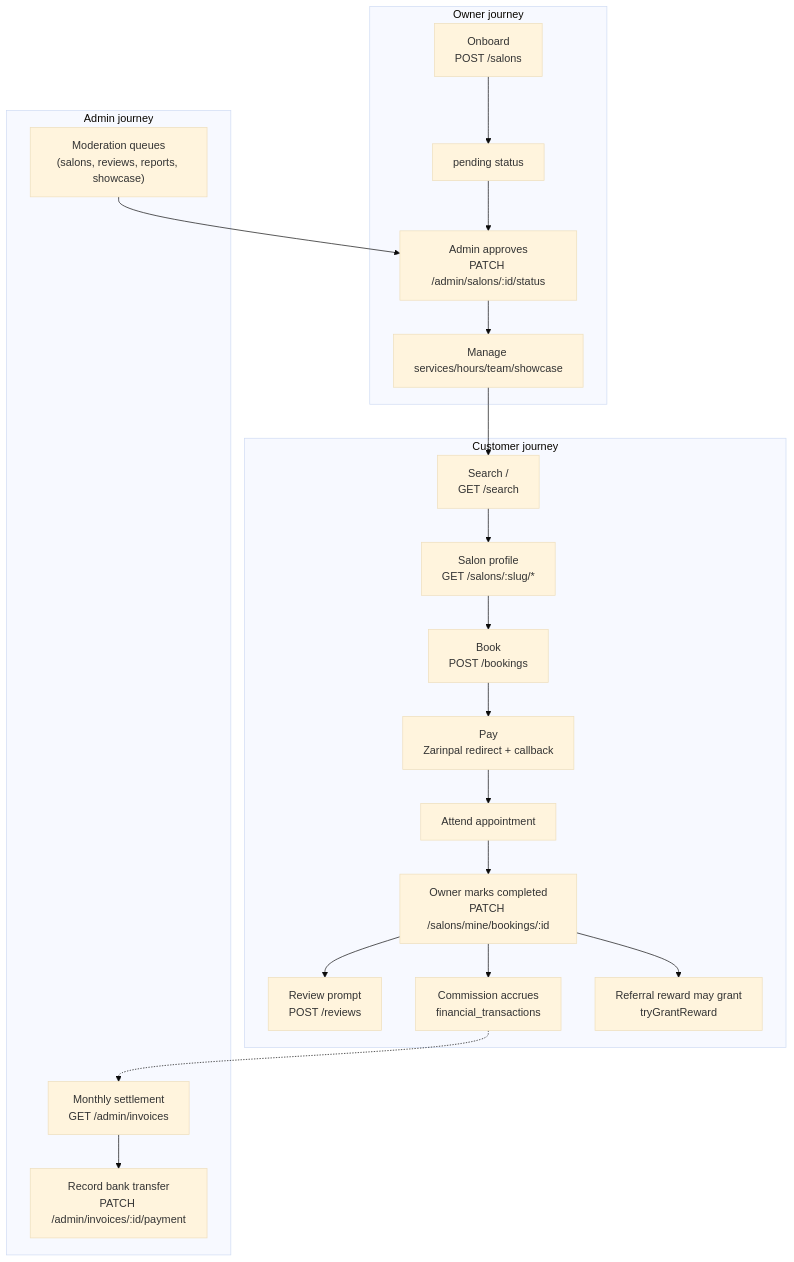
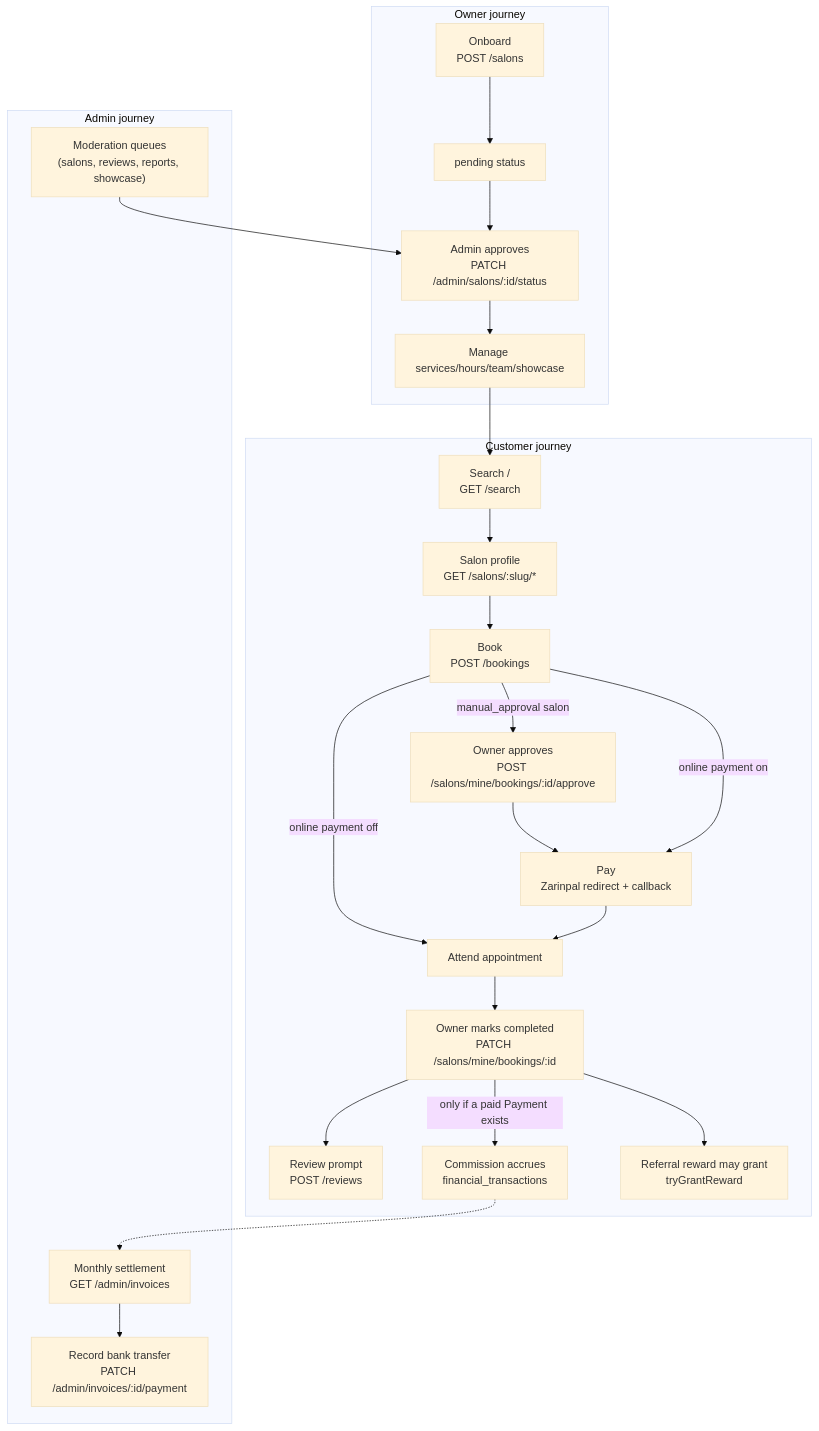
The diagram in docs/technical-overview/26-system-map.md (AmirHo3sein/gheychi), drawn with Mermaid (base theme) before and after one commit. The commit also changed other lines of this file and 41 other files, not shown here.

````diff
--- a/docs/technical-overview/26-system-map.md
+++ b/docs/technical-overview/26-system-map.md
@@ -70,26 +85,29 @@
 ```mermaid
 flowchart TD
     subgraph "Customer journey"
         S1["Search /\nGET /search"] --> S2["Salon profile\nGET /salons/:slug/*"]
         S2 --> S3["Book\nPOST /bookings"]
-        S3 --> S4["Pay\nZarinpal redirect + callback"]
+        S3 -->|manual_approval salon| S3b["Owner approves\nPOST /salons/mine/bookings/:id/approve"]
+        S3b --> S4
+        S3 -->|online payment on| S4["Pay\nZarinpal redirect + callback"]
+        S3 -->|online payment off| S5
         S4 --> S5["Attend appointment"]
         S5 --> S6["Owner marks completed\nPATCH /salons/mine/bookings/:id"]
         S6 --> S7["Review prompt\nPOST /reviews"]
-        S6 --> S8["Commission accrues\nfinancial_transactions"]
+        S6 -->|only if a paid Payment exists| S8["Commission accrues\nfinancial_transactions"]
         S6 --> S9["Referral reward may grant\ntryGrantReward"]
     end
 
     subgraph "Owner journey"
         O1["Onboard\nPOST /salons"] --> O2["pending status"]
         O2 --> O3["Admin approves\nPATCH /admin/salons/:id/status"]
         O3 --> O4["Manage services/hours/team/showcase"]
         O4 --> S1
     end
 
     subgraph "Admin journey"
         A1["Moderation queues\n(salons, reviews, reports, showcase)"] --> O3
         A2["Monthly settlement\nGET /admin/invoices"] --> A3["Record bank transfer\nPATCH /admin/invoices/:id/payment"]
         S8 -.-> A2
     end
 ```
````
